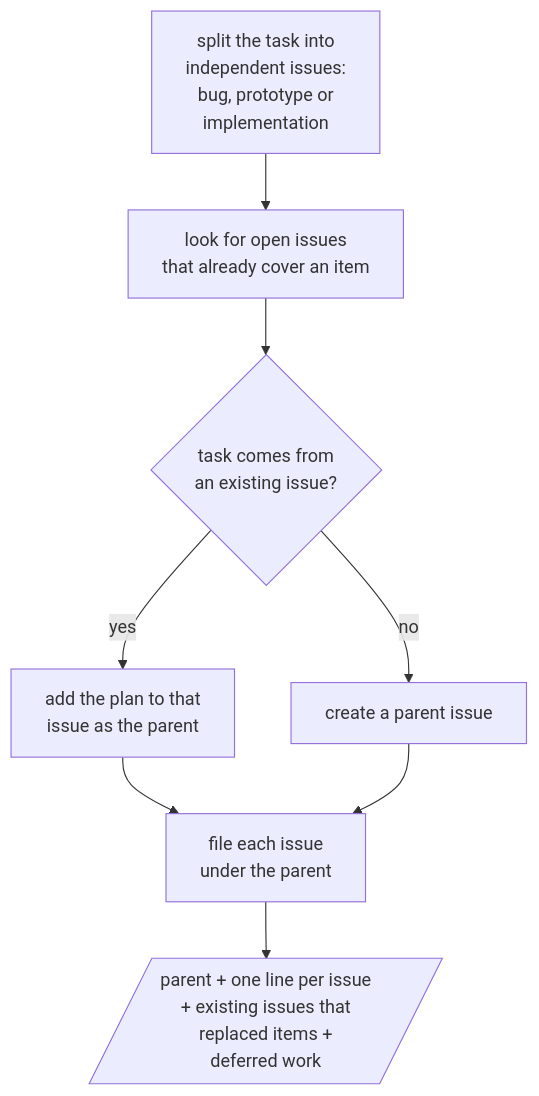
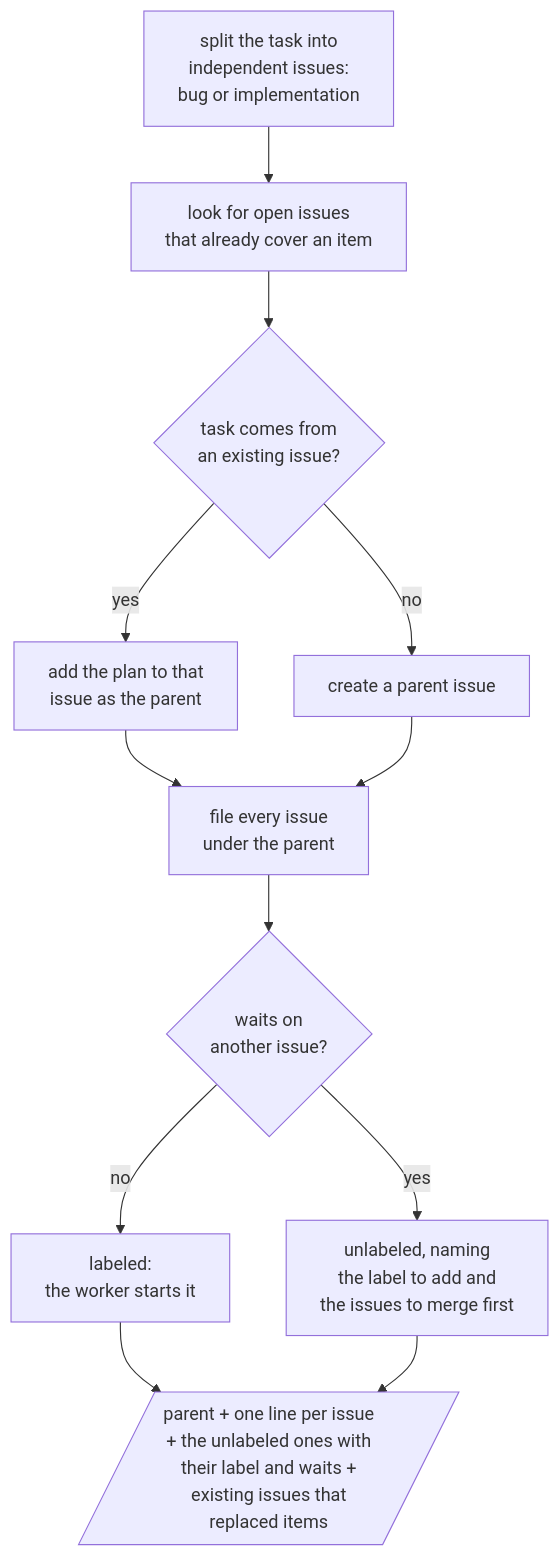
The diagram in shared/skills/remote-issue/README.md (omni-stove/skill-kit), drawn with Mermaid before and after one commit. The commit also changed 8 other files, not shown here.

````diff
--- a/shared/skills/remote-issue/README.md
+++ b/shared/skills/remote-issue/README.md
@@ -3,11 +3,15 @@
 ```mermaid
 flowchart TD
-  split["split the task into<br/>independent issues:<br/>bug, prototype or<br/>implementation"]
+  split["split the task into<br/>independent issues:<br/>bug or implementation"]
   split --> similar[look for open issues<br/>that already cover an item]
   similar --> origin{task comes from<br/>an existing issue?}
   origin -- "yes" --> comment[add the plan to that<br/>issue as the parent]
   origin -- "no" --> parent[create a parent issue]
-  comment --> create[file each issue<br/>under the parent]
+  comment --> create[file every issue<br/>under the parent]
+  create --> wait{waits on<br/>another issue?}
+  wait -- "no" --> now[labeled:<br/>the worker starts it]
+  wait -- "yes" --> later[unlabeled, naming<br/>the label to add and<br/>the issues to merge first]
   parent --> create
-  create --> report[/"parent + one line per issue<br/>+ existing issues that<br/>replaced items +<br/>deferred work"/]
+  now --> report[/"parent + one line per issue<br/>+ the unlabeled ones with<br/>their label and waits +<br/>existing issues that<br/>replaced items"/]
+  later --> report
 ```
````
